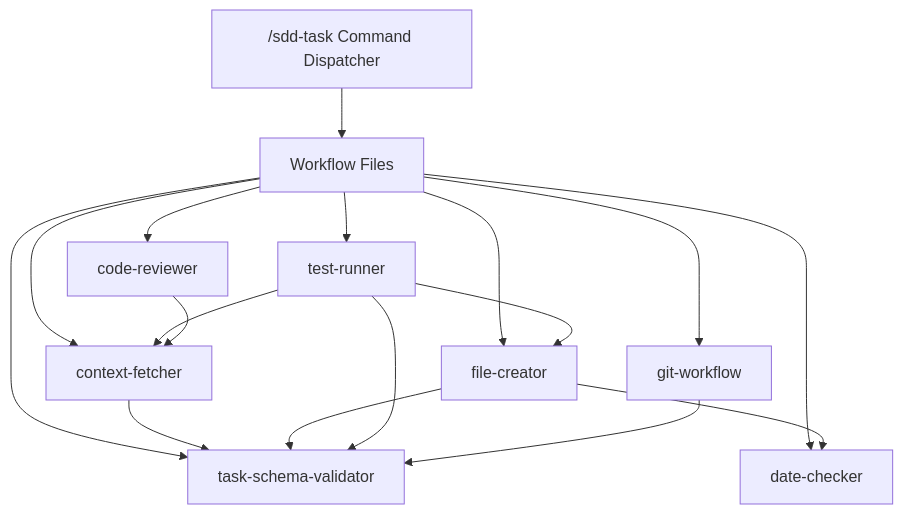
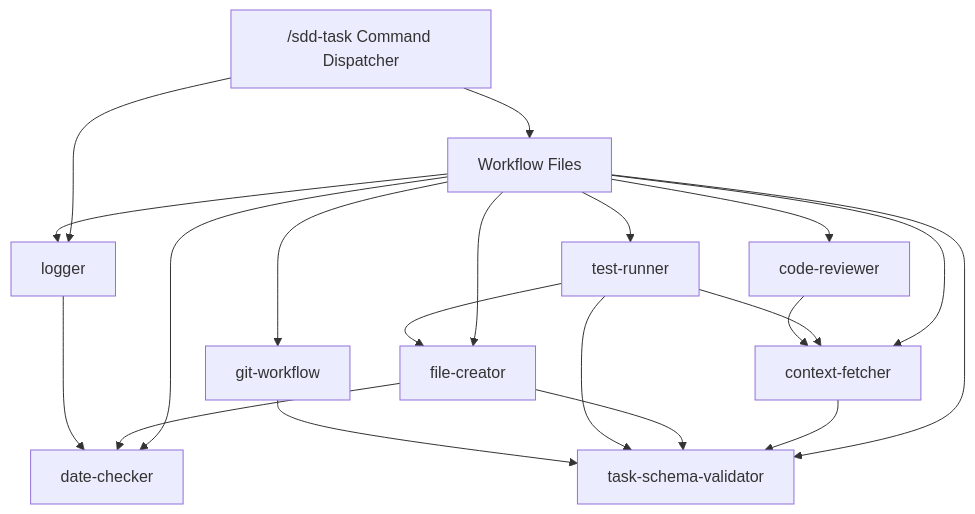
The diagram in .claude/docs/dependency-flow.md (ai-ventures-hub/agent-sdd), drawn with Mermaid before and after one commit. The commit also changed other lines of this file and 12 other files, not shown here.

````diff
--- a/.claude/docs/dependency-flow.md
+++ b/.claude/docs/dependency-flow.md
@@ -8,21 +8,24 @@
 ```mermaid
 graph TD
-    CMD["/sdd-task Command Dispatcher"] --> WF[Workflow Files]
+    CMD["/sdd-task Command Dispatcher"] --> LOG[logger]
+    CMD --> WF[Workflow Files]
     
     WF --> TSV[task-schema-validator]
     WF --> CF[context-fetcher]
     WF --> FC[file-creator]
     WF --> DC[date-checker]
     WF --> TR[test-runner]
     WF --> CR[code-reviewer]
     WF --> GW[git-workflow]
+    WF --> LOG
     
     CF --> TSV
     FC --> DC
     FC --> TSV
     TR --> CF
     TR --> FC
     TR --> TSV
     CR --> CF
     GW --> TSV
+    LOG --> DC
 ```
````
